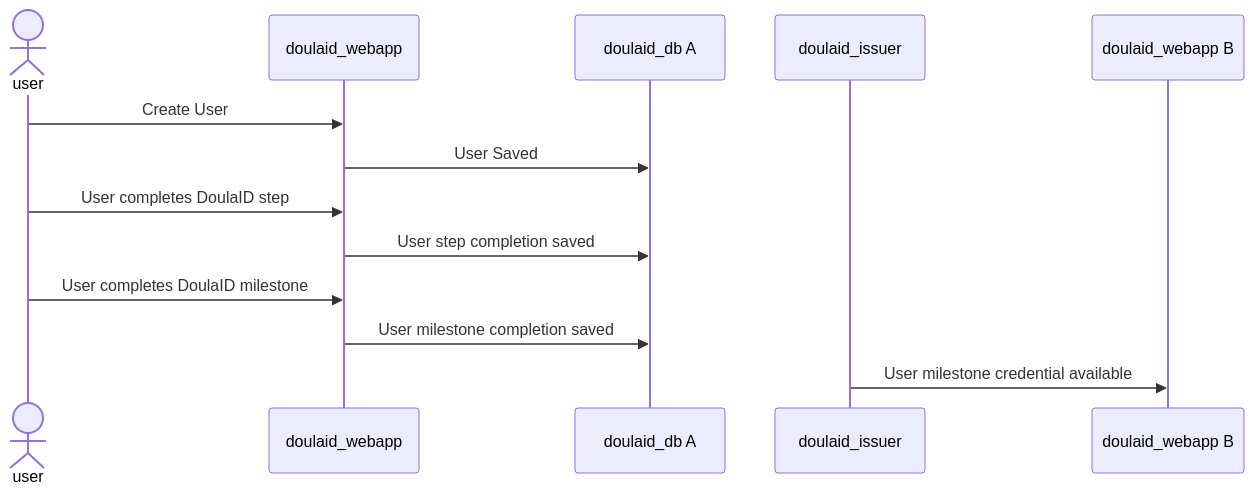
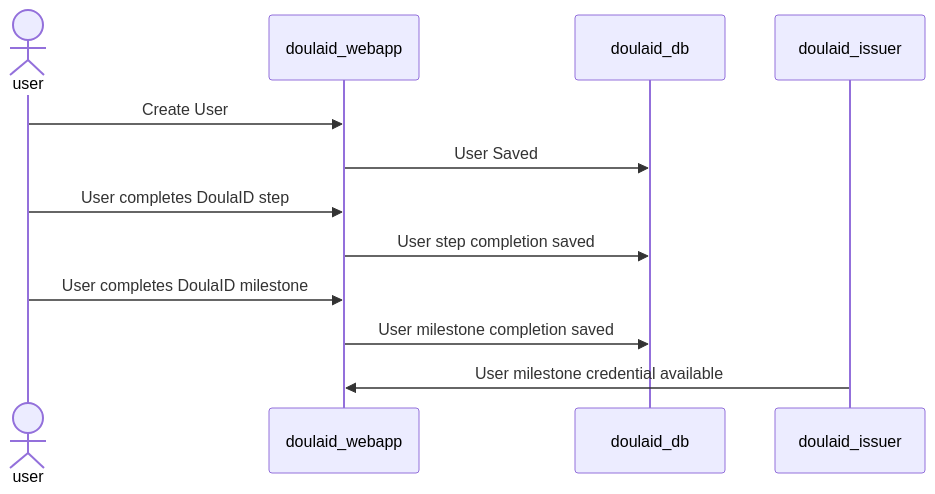
One commit to roots-id/DoulaID changed the diagram in DESIGN.md. Above: the diagram before and after it, drawn with Mermaid.

Commit message:
Update DESIGN.md
removed webapp separation (A vs. B)

````diff
--- a/DESIGN.md
+++ b/DESIGN.md
@@ -11,11 +11,11 @@
 ```mermaid
 sequenceDiagram
 actor user
 user->>doulaid_webapp: Create User
-doulaid_webapp->>doulaid_db A: User Saved
+doulaid_webapp->>doulaid_db: User Saved
 user->>doulaid_webapp: User completes DoulaID step
-doulaid_webapp->>doulaid_db A: User step completion saved
+doulaid_webapp->>doulaid_db: User step completion saved
 user->>doulaid_webapp: User completes DoulaID milestone
-doulaid_webapp->>doulaid_db A: User milestone completion saved
-doulaid_issuer->>doulaid_webapp B: User milestone credential available
+doulaid_webapp->>doulaid_db: User milestone completion saved
+doulaid_issuer->>doulaid_webapp: User milestone credential available
 ```
````
